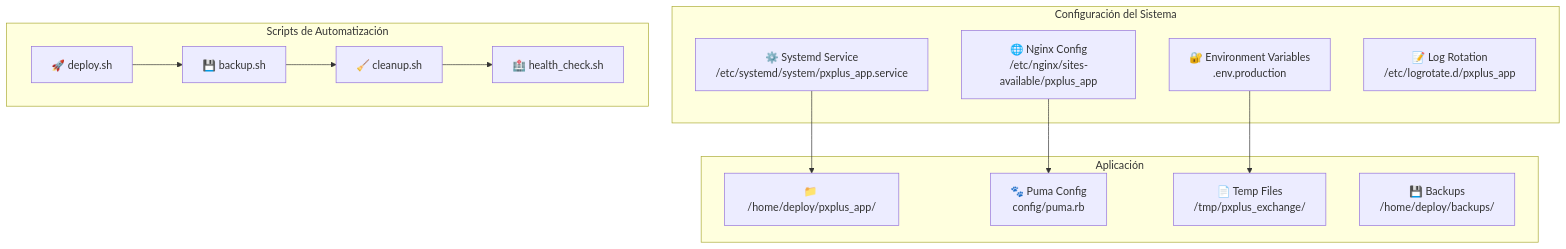
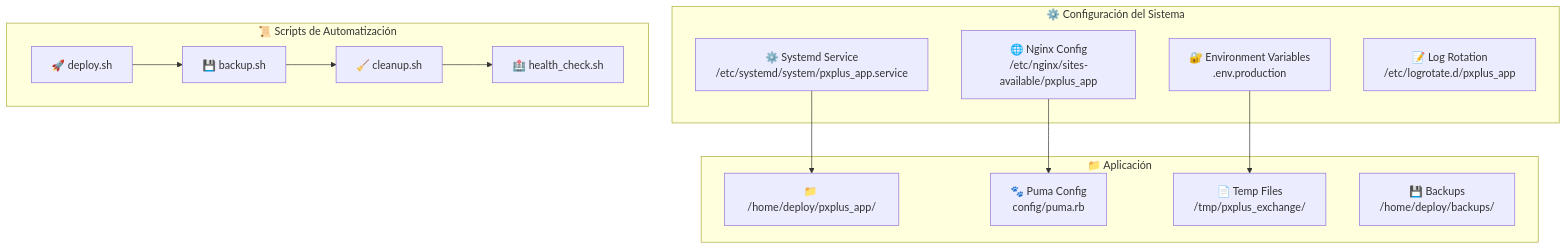
One commit to miguelfiguera/Propuesta-web-mariano changed the third of 6 diagrams in diagramas/deployment-flow.md. Above: the diagram before and after it, drawn with Mermaid. The commit also changed other lines of this file and 3 other files, not shown here.

First line of the commit message:
Consolidate documentation and finalize Mermaid diagrams

````diff
--- a/diagramas/deployment-flow.md
+++ b/diagramas/deployment-flow.md
@@ -55,30 +55,30 @@
 ```mermaid
 graph TD
-    subgraph "Configuración del Sistema"
+    subgraph SystemConfig["⚙️ Configuración del Sistema"]
         SystemdService[⚙️ Systemd Service<br/>/etc/systemd/system/pxplus_app.service]
         NginxConfig[🌐 Nginx Config<br/>/etc/nginx/sites-available/pxplus_app]
         EnvFile[🔐 Environment Variables<br/>.env.production]
         LogRotate[📝 Log Rotation<br/>/etc/logrotate.d/pxplus_app]
     end
     
-    subgraph "Aplicación"
+    subgraph AppConfig["📁 Aplicación"]
         AppDir[📁 /home/deploy/pxplus_app/]
         PumaConfig[🐾 Puma Config<br/>config/puma.rb]
         TempFiles[📄 Temp Files<br/>/tmp/pxplus_exchange/]
         BackupDir[💾 Backups<br/>/home/deploy/backups/]
     end
     
-    subgraph "Scripts de Automatización"
+    subgraph Scripts["📜 Scripts de Automatización"]
         DeployScript[🚀 deploy.sh]
         BackupScript[💾 backup.sh]
         CleanupScript[🧹 cleanup.sh]
         HealthCheck[🏥 health_check.sh]
     end
     
     SystemdService --> AppDir
     NginxConfig --> PumaConfig
     EnvFile --> TempFiles
     DeployScript --> BackupScript
     BackupScript --> CleanupScript
     CleanupScript --> HealthCheck
 ```
````
